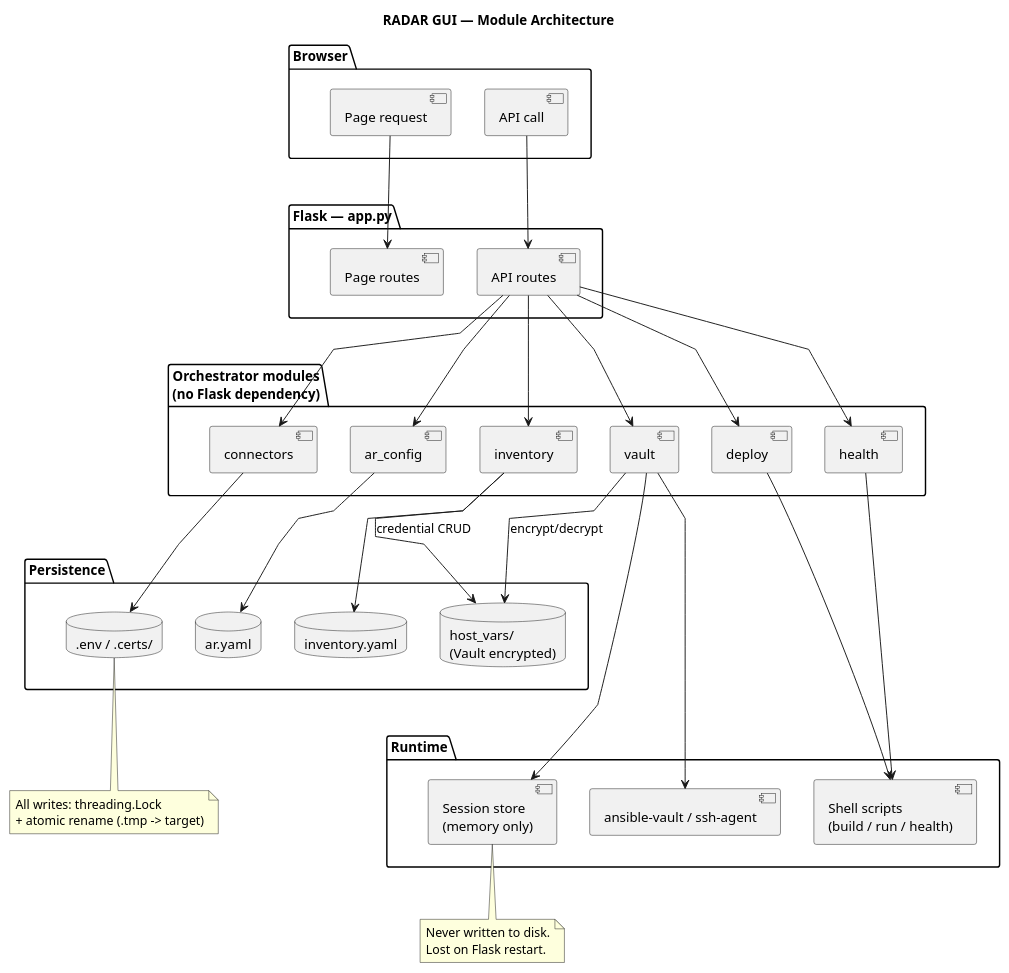
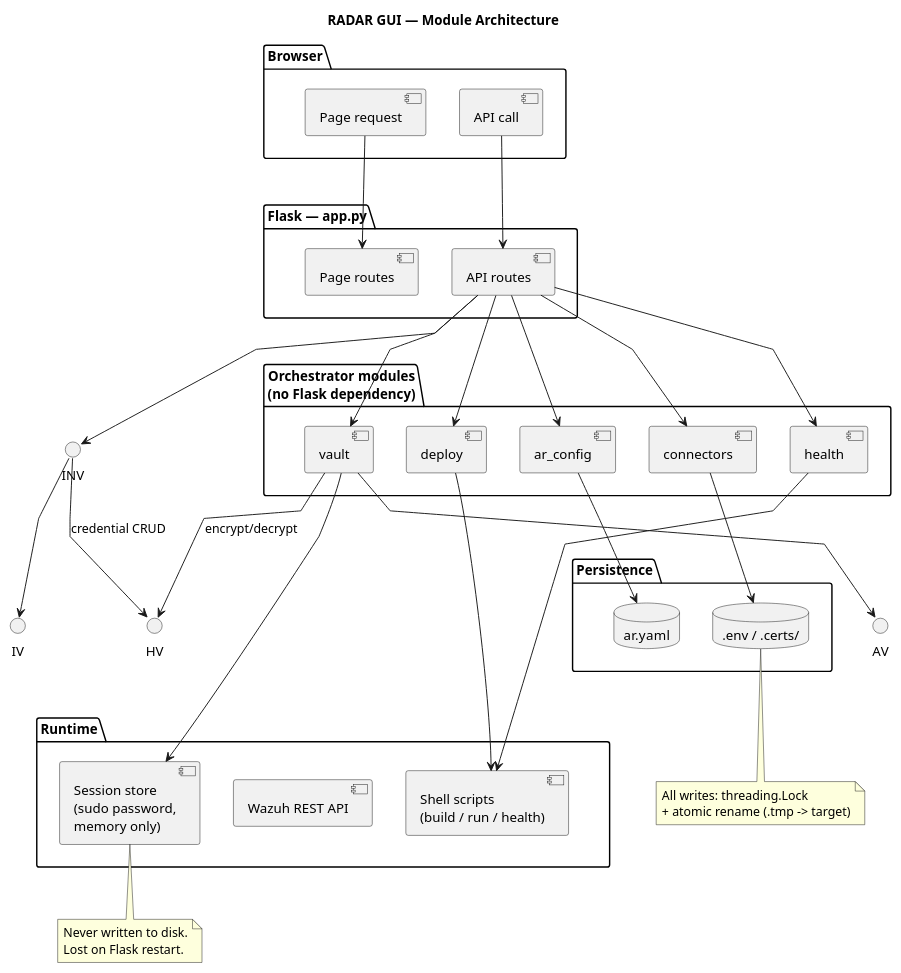
One commit to AbstractionsLab/idps-escape changed the diagram in docs/specs/swd/SWD-041.md. Above: the diagram before and after it, drawn with PlantUML. The commit also changed other lines of this file and 461 other files, not shown here.

````diff
--- a/docs/specs/swd/SWD-041.md
+++ b/docs/specs/swd/SWD-041.md
@@ -38,77 +39,74 @@
 ```plantuml
 @startuml
 title RADAR GUI — Module Architecture
 top to bottom direction
 skinparam linetype polyline
 
 package "Browser" as B {
   [Page request] as Pages
   [API call] as APIClient
 }
 
 package "Flask — app.py" as F {
   [Page routes] as PageRoutes
   [API routes] as APIRoutes
 }
 
 package "Orchestrator modules\n(no Flask dependency)" as O {
   [ar_config] as ARC
-  [inventory] as INV
   [connectors] as CON
   [vault] as VAU
   [deploy] as DEP
   [health] as HEA
 }
 
 package "Persistence" as P {
   database "ar.yaml" as AR
-  database "inventory.yaml" as IV
   database ".env / .certs/" as EV
-  database "host_vars/\n(Vault encrypted)" as HV
 }
 
 package "Runtime" as R {
   [Shell scripts\n(build / run / health)] as SH
-  [ansible-vault / ssh-agent] as AV
-  [Session store\n(memory only)] as SS
+  [Wazuh REST API] as WAPI
+  [Session store\n(sudo password,\nmemory only)] as SS
 }
 
 ' Force strict vertical stacking
 B -[hidden]down- F
 F -[hidden]down- O
 O -[hidden]down- P
 P -[hidden]down- R
 VAU -[hidden]down- SS
 DEP -[hidden]down- SH
 
 Pages --> PageRoutes
 APIClient --> APIRoutes
 
 APIRoutes --> ARC
 APIRoutes --> INV
 APIRoutes --> CON
 APIRoutes --> VAU
 APIRoutes --> DEP
 APIRoutes --> HEA
 
 ARC --> AR
 INV --> IV
 INV --> HV : credential CRUD
 CON --> EV
 VAU --> HV : encrypt/decrypt
 VAU --> SS
 VAU --> AV
 DEP --> SH
 HEA --> SH
 
 note bottom of EV
   All writes: threading.Lock
   + atomic rename (.tmp -> target)
 end note
 
 note bottom of SS
   Never written to disk.
   Lost on Flask restart.
 end note
 @enduml
 ```
````
